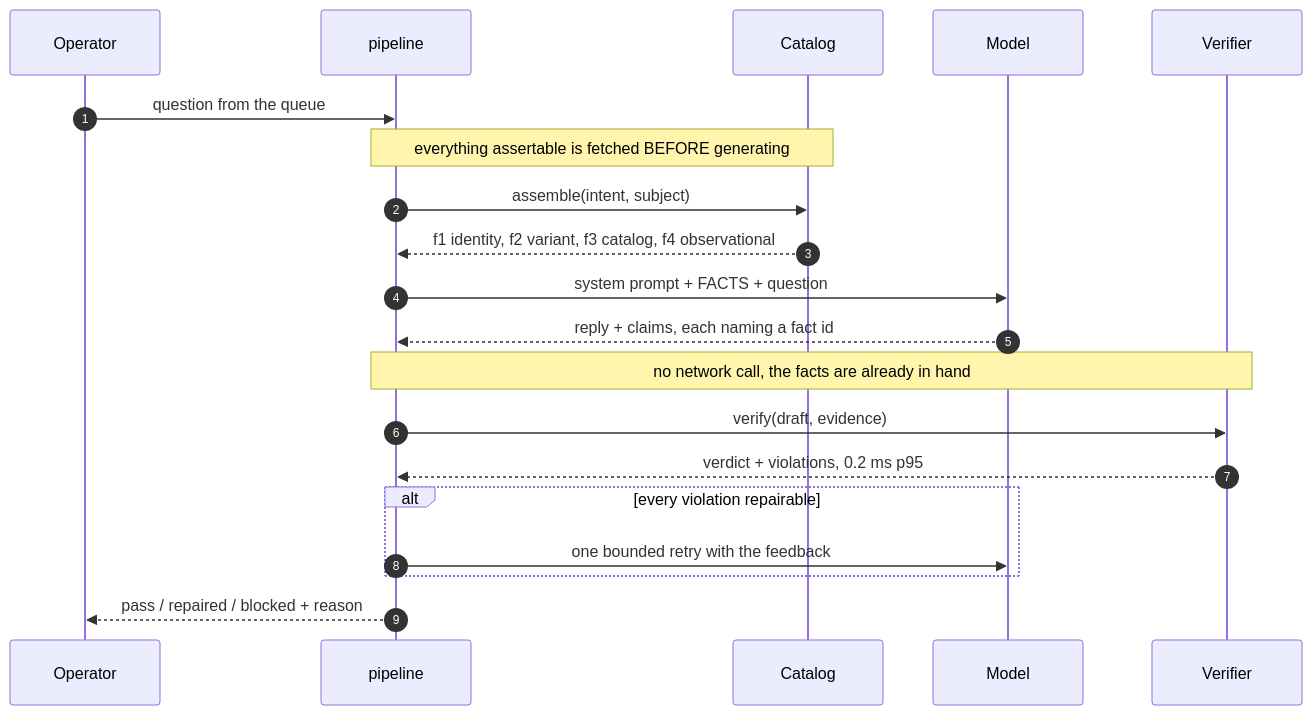
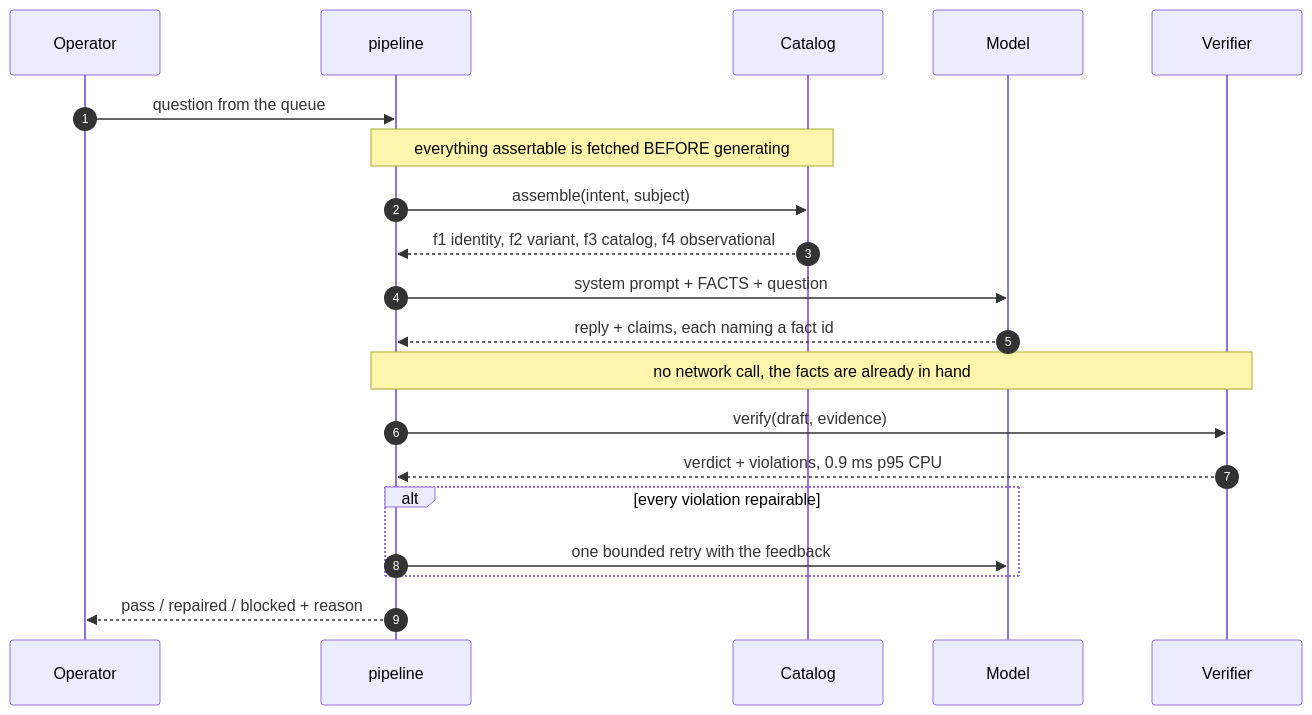
Before and after one commit to kar-ganap/sidestage: the second of 4 diagrams in docs/TDD.md, drawn with Mermaid. The commit also changed other lines of this file and 10 other files, not shown here.

````diff
--- a/docs/TDD.md
+++ b/docs/TDD.md
@@ -121,23 +121,23 @@
 ```mermaid
 sequenceDiagram
     autonumber
     participant O as Operator
     participant P as pipeline
     participant C as Catalog
     participant M as Model
     participant V as Verifier
 
     O->>P: question from the queue
     Note over P,C: everything assertable is fetched BEFORE generating
     P->>C: assemble(intent, subject)
     C-->>P: f1 identity, f2 variant, f3 catalog, f4 observational
     P->>M: system prompt + FACTS + question
     M-->>P: reply + claims, each naming a fact id
     Note over P,V: no network call, the facts are already in hand
     P->>V: verify(draft, evidence)
-    V-->>P: verdict + violations, 0.2 ms p95
+    V-->>P: verdict + violations, 0.9 ms p95 CPU
     alt every violation repairable
         P->>M: one bounded retry with the feedback
     end
     P-->>O: pass / repaired / blocked + reason
 ```
````
